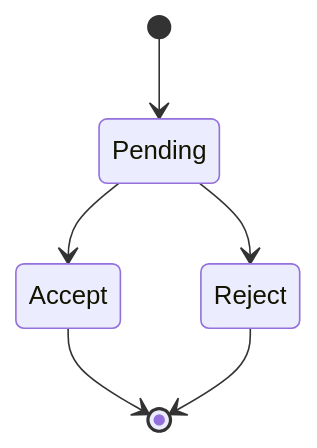
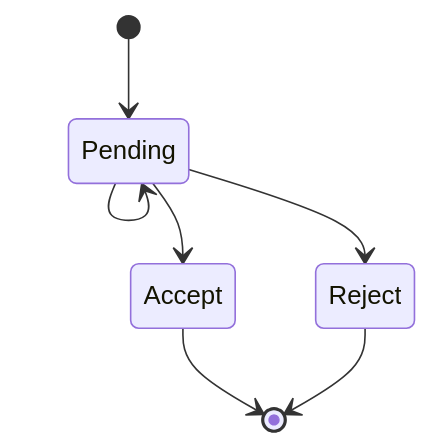
The second of 2 diagrams in README.md (Typas/pcs-final-project), drawn with Mermaid before and after one commit.

````diff
--- a/README.md
+++ b/README.md
@@ -19,8 +19,9 @@
 ```mermaid
 stateDiagram-v2
 [*] --> Pending
+Pending --> Pending
 Pending --> Accept
 Pending --> Reject
 Accept --> [*]
 Reject --> [*]
 ```
````
